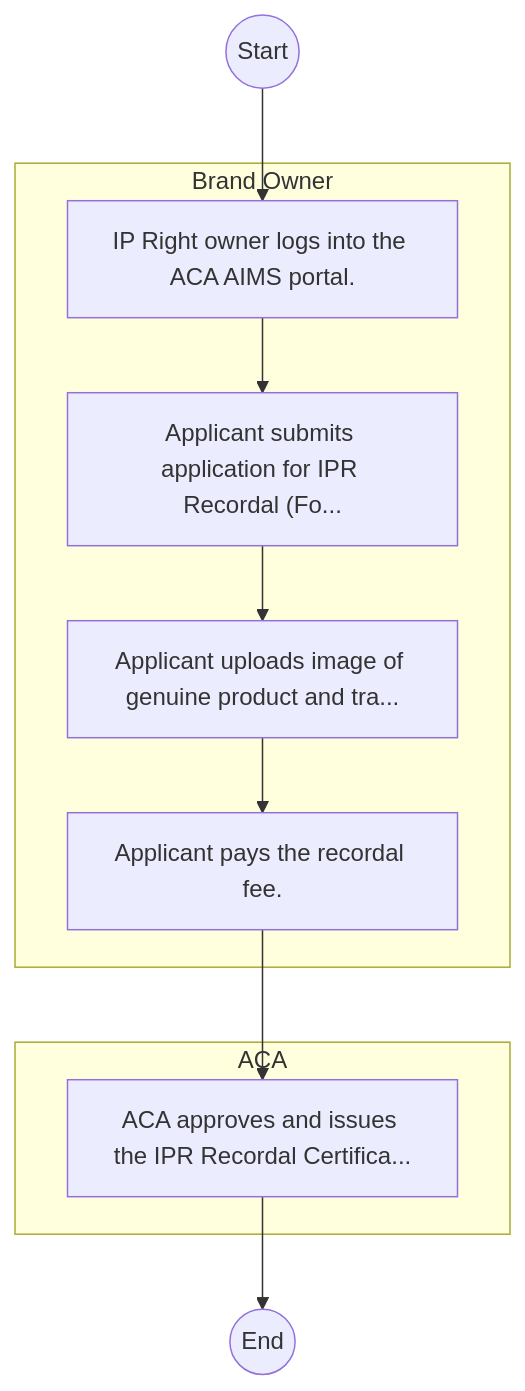
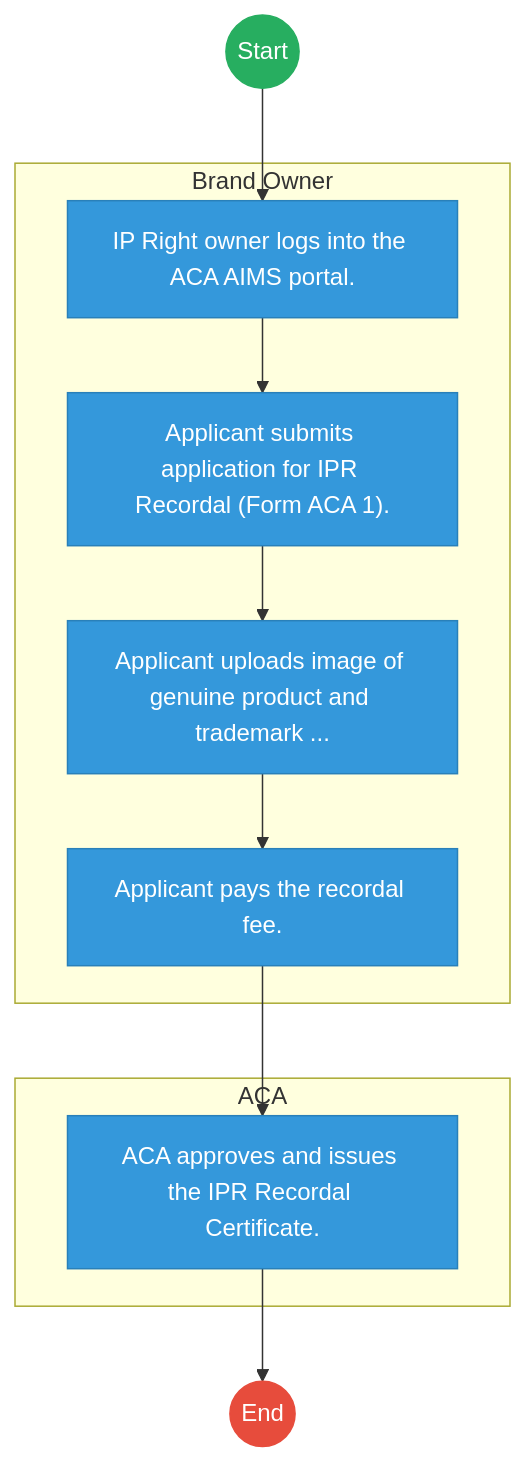
The first of 2 diagrams in mdas/docs_final/Anti-Counterfeit_Authority___Service_Delivery.md (BITZ-IT-Consulting-LTD/ictapoc), drawn with Mermaid before and after one commit. The commit also changed other lines of this file and 461 other files, not shown here.

````diff
--- a/mdas/docs_final/Anti-Counterfeit_Authority___Service_Delivery.md
+++ b/mdas/docs_final/Anti-Counterfeit_Authority___Service_Delivery.md
@@ -20,18 +20,29 @@
 ```mermaid
 graph TD
     Start((Start)) --> S1
-    subgraph BrandOwner [Brand Owner]
+
+    subgraph Brand_Owner [Brand Owner]
         S1["IP Right owner logs into the ACA AIMS portal."]
-        S2["Applicant submits application for IPR Recordal (Fo..."]
-        S3["Applicant uploads image of genuine product and tra..."]
+        S2["Applicant submits application for IPR Recordal (Form ACA 1)."]
+        S3["Applicant uploads image of genuine product and trademark ..."]
         S4["Applicant pays the recordal fee."]
     end
+
     subgraph ACA [ACA]
-        S5["ACA approves and issues the IPR Recordal Certifica..."]
+        S5["ACA approves and issues the IPR Recordal Certificate."]
     end
     S1 --> S2
     S2 --> S3
     S3 --> S4
     S4 --> S5
     S5 --> End((End))
+
+    classDef start fill:#27ae60,stroke:#27ae60,color:#fff;
+    classDef endNode fill:#e74c3c,stroke:#e74c3c,color:#fff;
+    classDef userTask fill:#3498db,stroke:#2980b9,color:#fff;
+    classDef serviceTask fill:#9b59b6,stroke:#8e44ad,color:#fff;
+
+    class Start start;
+    class End endNode;
+    class S1,S2,S3,S4,S5 userTask;
 ```
````
